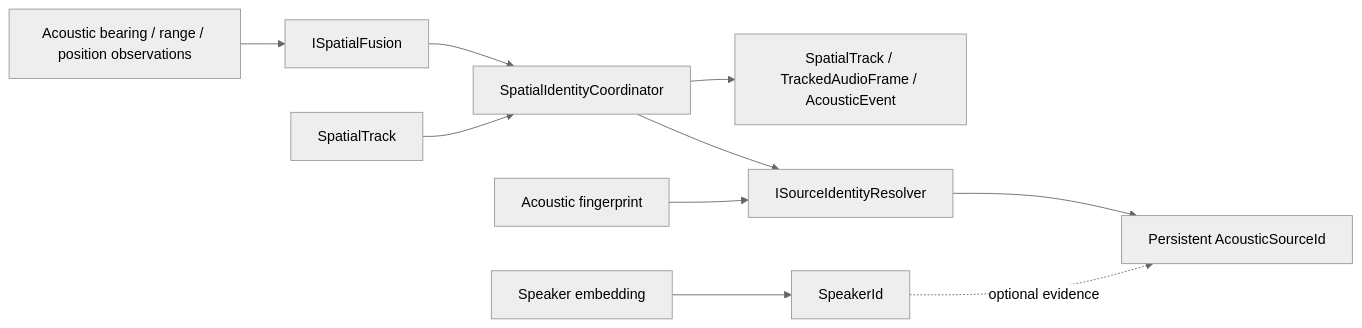
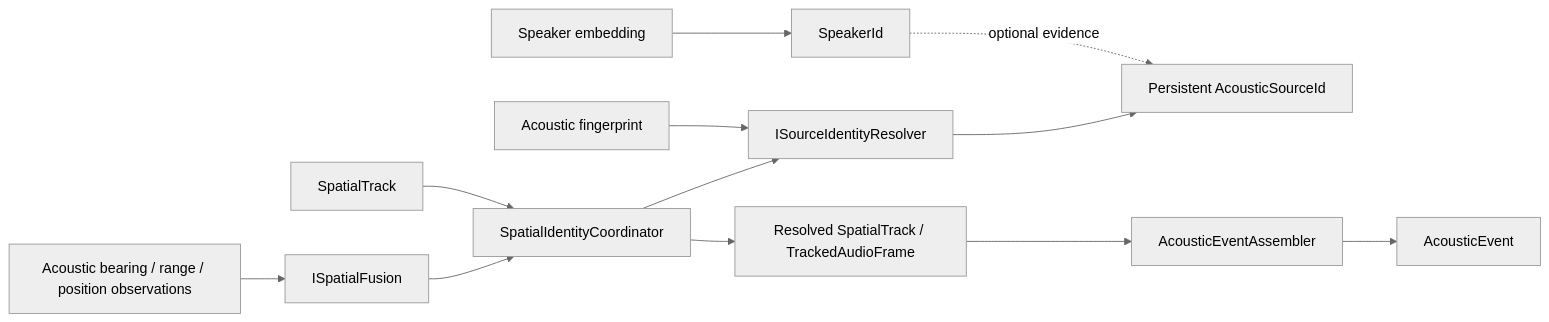
One commit to ARDev1161/libaudition changed the diagram in docs/images/source_identity.mmd. Above: the diagram before and after it, drawn with Mermaid (neutral theme). The commit also changed 12 other files, not shown here.

First line of the commit message:
feat(pipeline): complete AcousticEvent lifecycle

```diff
--- a/docs/images/source_identity.mmd
+++ b/docs/images/source_identity.mmd
@@ -1,10 +1,12 @@
 flowchart LR
     OBS[Acoustic bearing / range / position observations] --> FUSE[ISpatialFusion]
     FUSE --> COORD[SpatialIdentityCoordinator]
     TRACK[SpatialTrack] --> COORD
     COORD --> RESOLVE[ISourceIdentityResolver]
     FP[Acoustic fingerprint] --> RESOLVE
     RESOLVE --> SOURCE[Persistent AcousticSourceId]
-    COORD --> OUT[SpatialTrack / TrackedAudioFrame / AcousticEvent]
+    COORD --> OUT[Resolved SpatialTrack / TrackedAudioFrame]
+    OUT --> EVENTASM[AcousticEventAssembler]
+    EVENTASM --> EVENT[AcousticEvent]
     SPEECH[Speaker embedding] --> SPEAKER[SpeakerId]
     SPEAKER -. optional evidence .-> SOURCE
```
